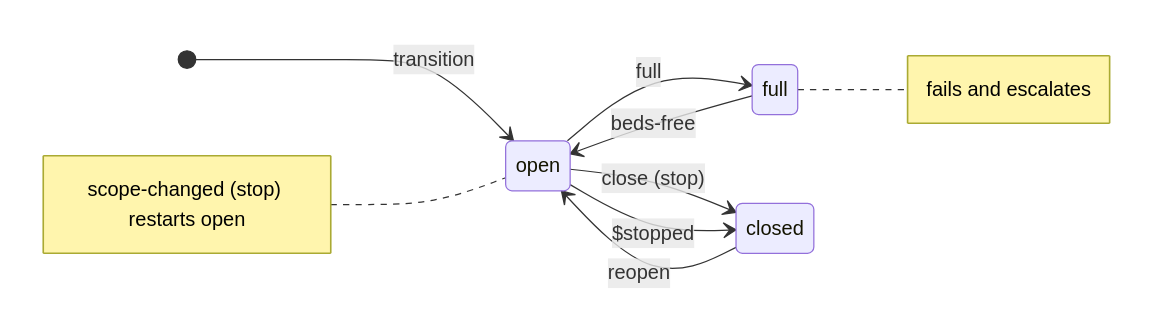
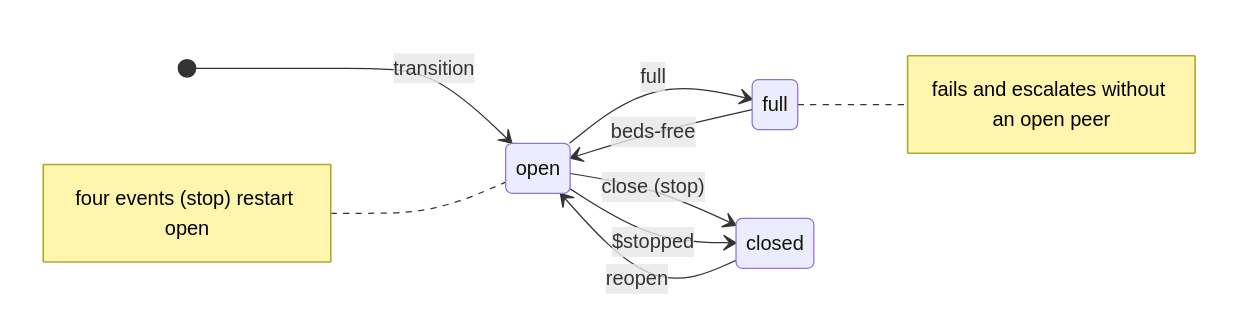
One commit to prasadtalasila/DTaaS-Public changed the second of 2 diagrams in servers/execution/runner/STATE-MACHINE.md. Above: the diagram before and after it, drawn with Mermaid. The commit also changed other lines of this file and 3 other files, not shown here.

````diff
--- a/servers/execution/runner/STATE-MACHINE.md
+++ b/servers/execution/runner/STATE-MACHINE.md
@@ -862,12 +902,12 @@
 ```mermaid
 stateDiagram-v2
     direction LR
     [*] --> open : transition
     open --> full : full
     full --> open : beds-free
     open --> closed : close (stop)
     open --> closed : $stopped
     closed --> open : reopen
-    note right of full : fails and escalates
-    note left of open : scope-changed (stop) restarts open
+    note right of full : fails and escalates without an open peer
+    note left of open : four events (stop) restart open
 ```
````
